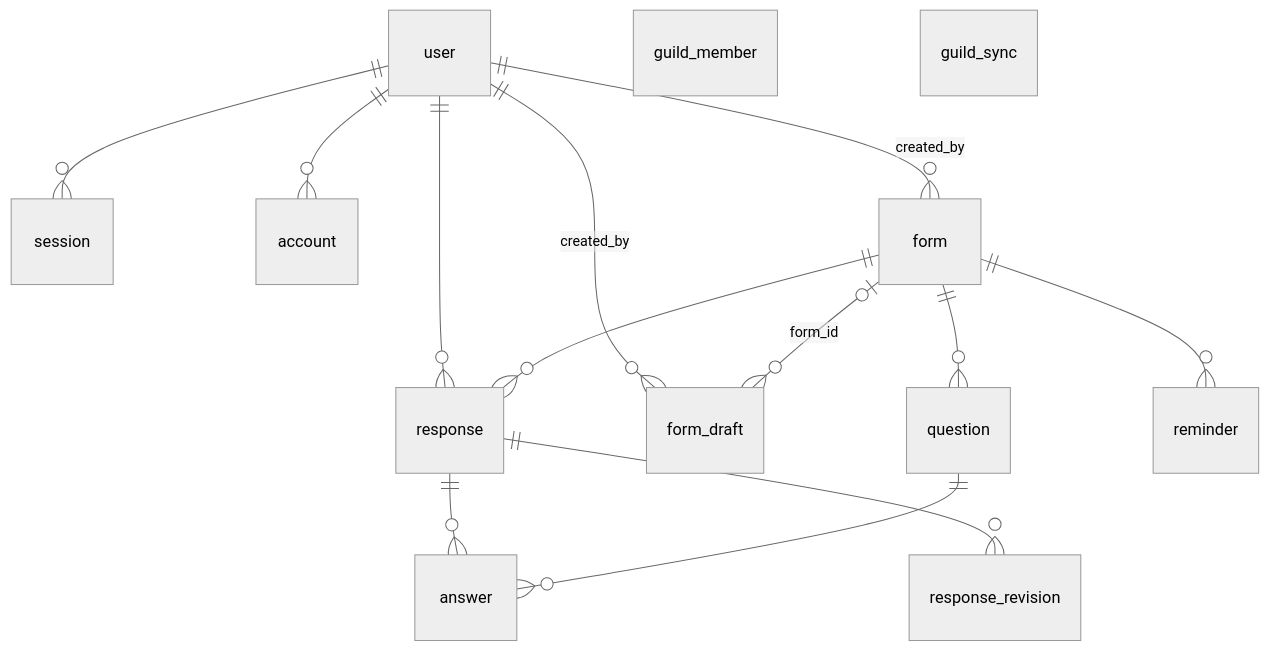
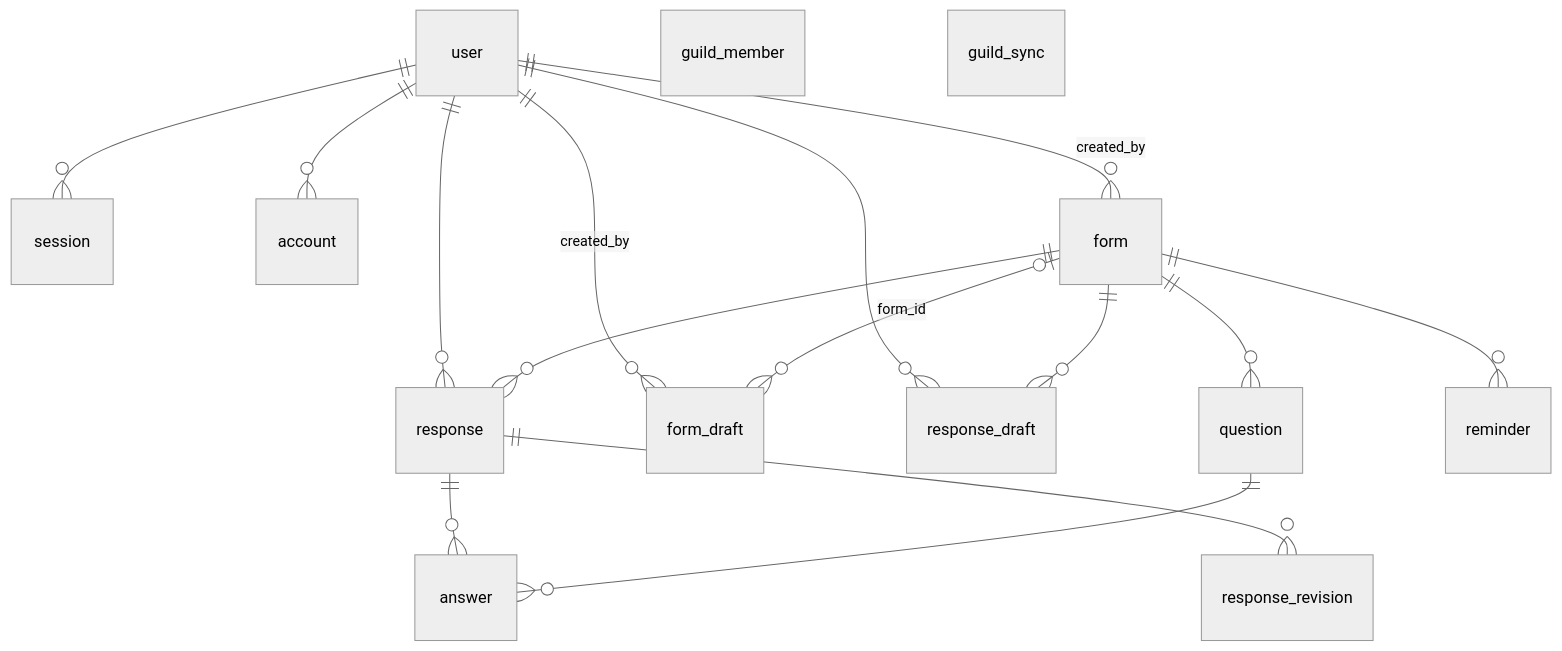
One commit to nakomochi/quorum changed the second of 4 diagrams in docs/architecture.md. Above: the diagram before and after it, drawn with Mermaid (neutral theme). The commit also changed other lines of this file and 20 other files, not shown here.

````diff
--- a/docs/architecture.md
+++ b/docs/architecture.md
@@ -36,17 +36,19 @@
 ```mermaid
 erDiagram
   user ||--o{ session : ""
   user ||--o{ account : ""
   user ||--o{ form : "created_by"
   user ||--o{ response : ""
   user ||--o{ form_draft : "created_by"
   form |o--o{ form_draft : "form_id"
+  user ||--o{ response_draft : ""
+  form ||--o{ response_draft : ""
   form ||--o{ question : ""
   form ||--o{ response : ""
   form ||--o{ reminder : ""
   response ||--o{ answer : ""
   response ||--o{ response_revision : ""
   question ||--o{ answer : ""
   guild_member
   guild_sync
 ```
````
